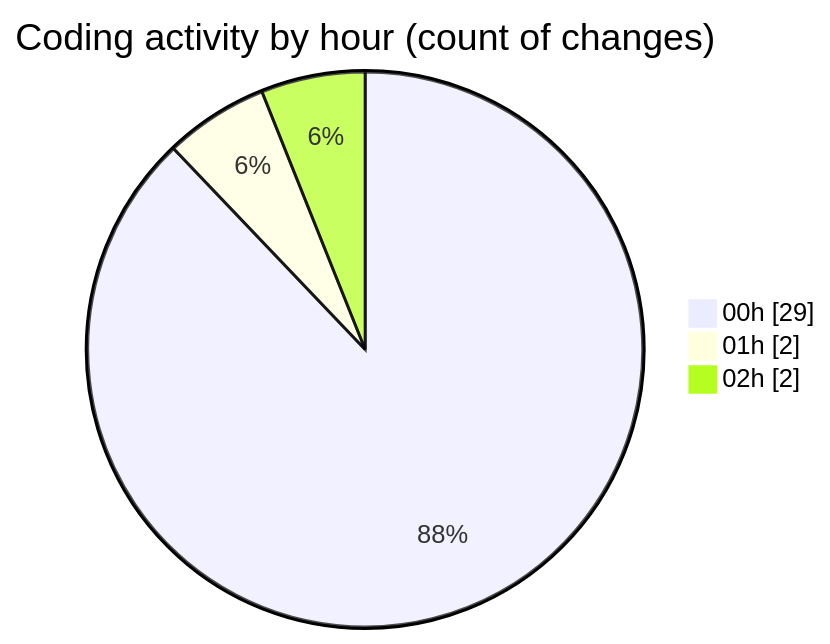
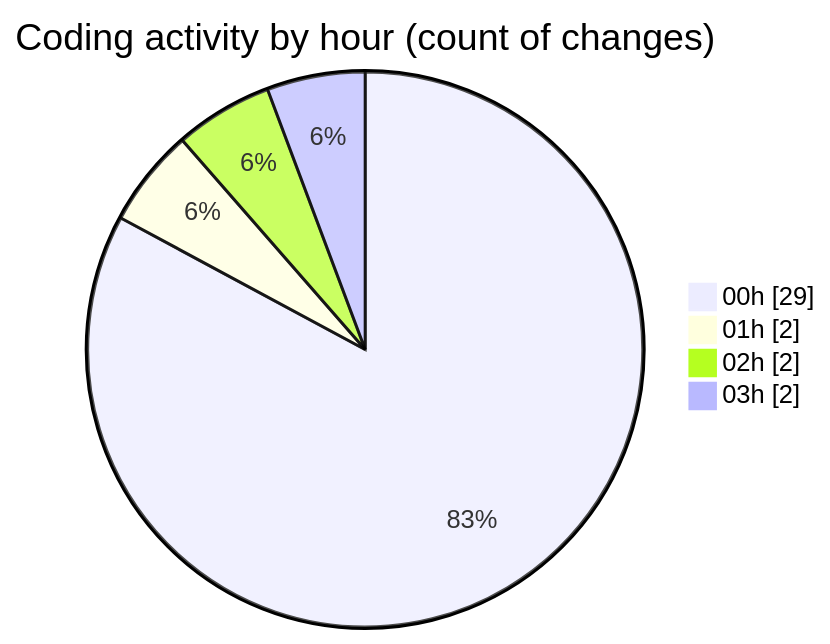
Before and after one commit to donsfak/code-tracking: the second of 2 diagrams in 2025-02-09/maps_clone/README.md, drawn with Mermaid. The commit also changed other lines of this file and 1 other file, not shown here.

````diff
--- a/2025-02-09/maps_clone/README.md
+++ b/2025-02-09/maps_clone/README.md
@@ -37,7 +39,8 @@
 ```mermaid
 pie showData
 title Coding activity by hour (count of changes)
 "00h" : 29
 "01h" : 2
 "02h" : 2
+"03h" : 2
 ```
````
